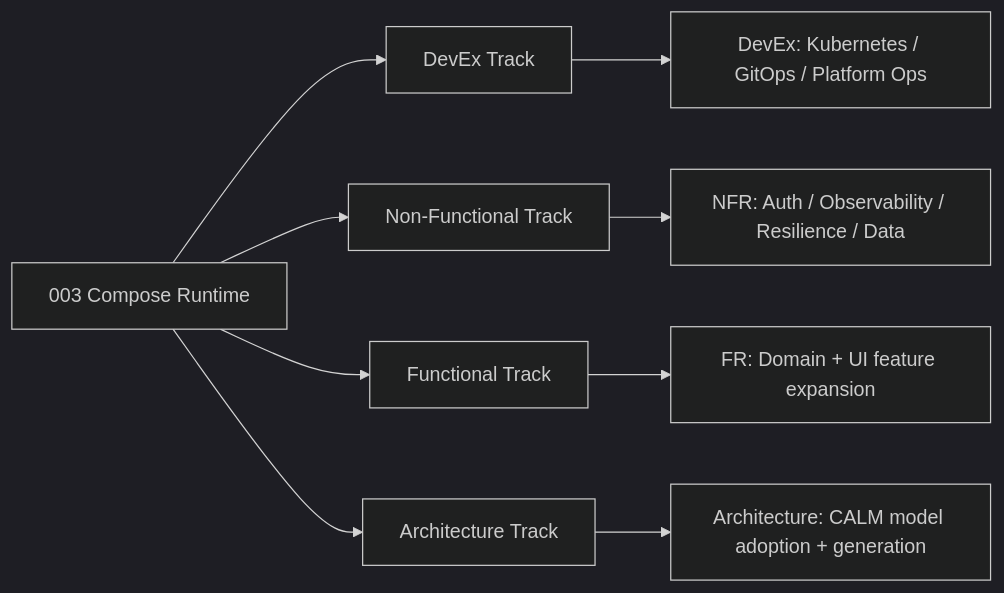
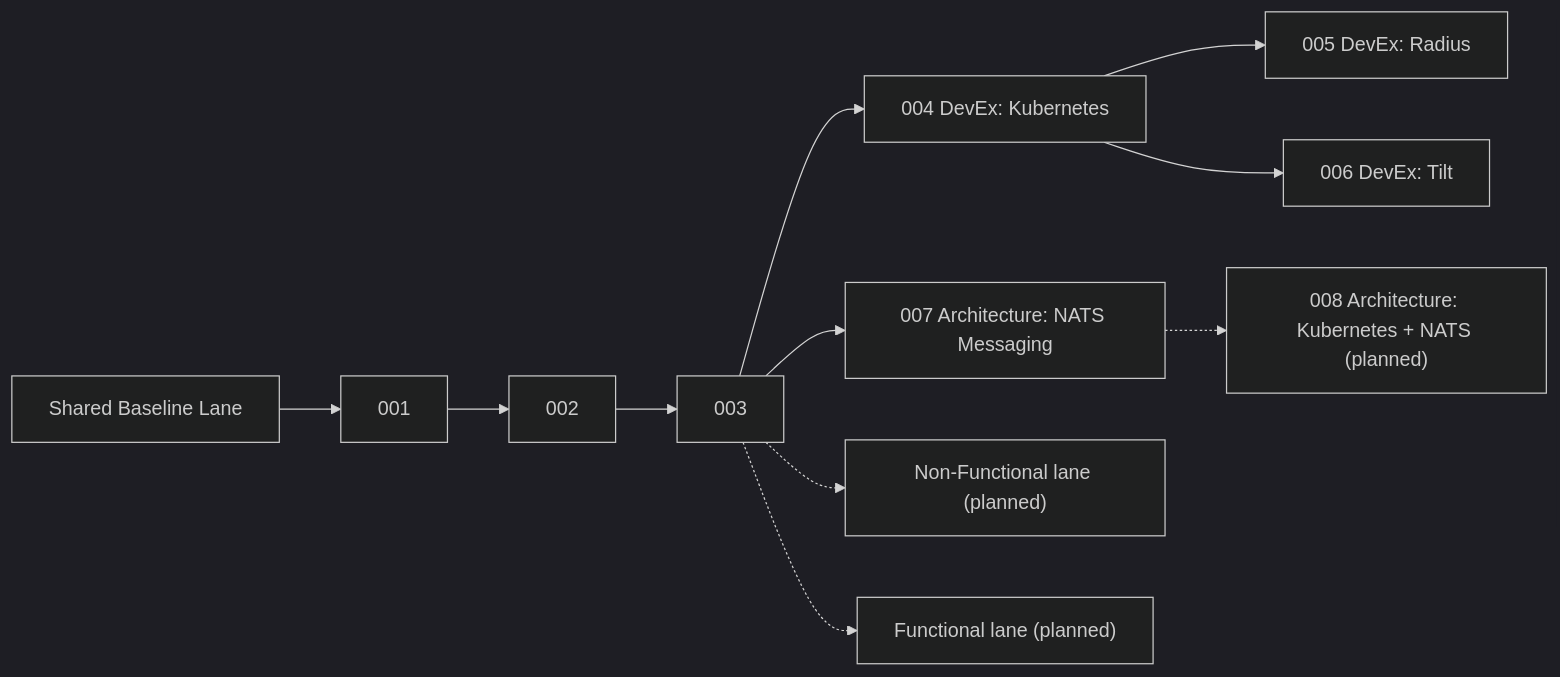
Before and after one commit to finos/traderX: the second of 2 diagrams in docs/spec-kit/visual-learning-graphs.md, drawn with Mermaid (dark theme). The commit also changed other lines of this file and 60 other files, not shown here.

````diff
--- a/docs/spec-kit/visual-learning-graphs.md
+++ b/docs/spec-kit/visual-learning-graphs.md
@@ -40,12 +44,16 @@
 ```mermaid
 flowchart LR
-  S003["003 Compose Runtime"] --> D["DevEx Track"]
-  S003 --> N["Non-Functional Track"]
-  S003 --> F["Functional Track"]
-  S003 --> A["Architecture Track"]
+  B["Shared Baseline Lane"] --> S001["001"]
+  S001 --> S002["002"]
+  S002 --> S003["003"]
 
-  D --> D1["DevEx: Kubernetes / GitOps / Platform Ops"]
-  N --> N1["NFR: Auth / Observability / Resilience / Data"]
-  F --> F1["FR: Domain + UI feature expansion"]
-  A --> A1["Architecture: CALM model adoption + generation"]
+  S003 --> D4["004 DevEx: Kubernetes"]
+  D4 --> D5["005 DevEx: Radius"]
+  D4 --> D6["006 DevEx: Tilt"]
+
+  S003 --> A7["007 Architecture: NATS Messaging"]
+  A7 -.-> A8["008 Architecture: Kubernetes + NATS (planned)"]
+
+  S003 -.-> N1["Non-Functional lane (planned)"]
+  S003 -.-> F1["Functional lane (planned)"]
 ```
````
